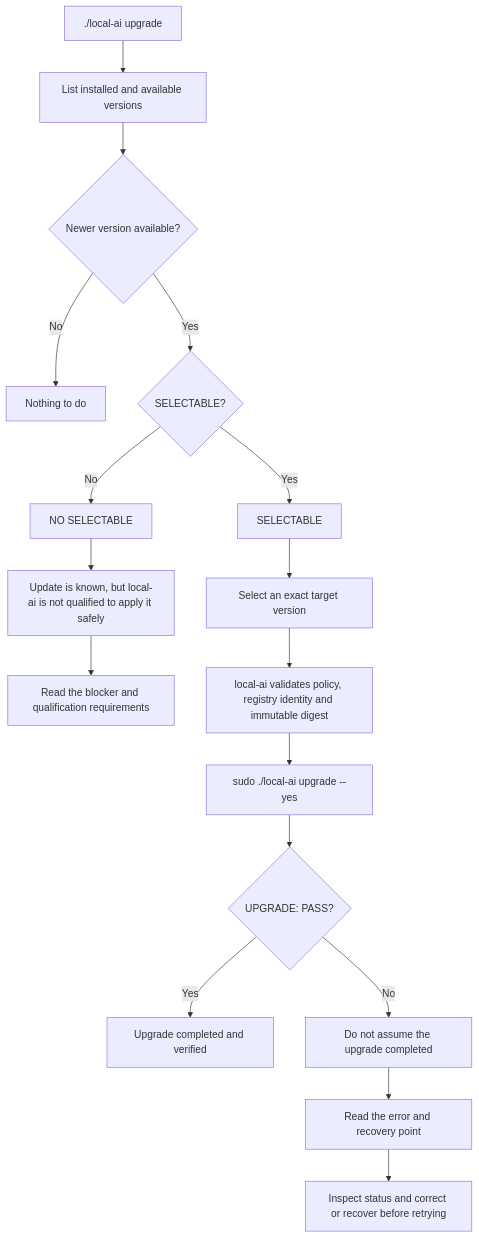
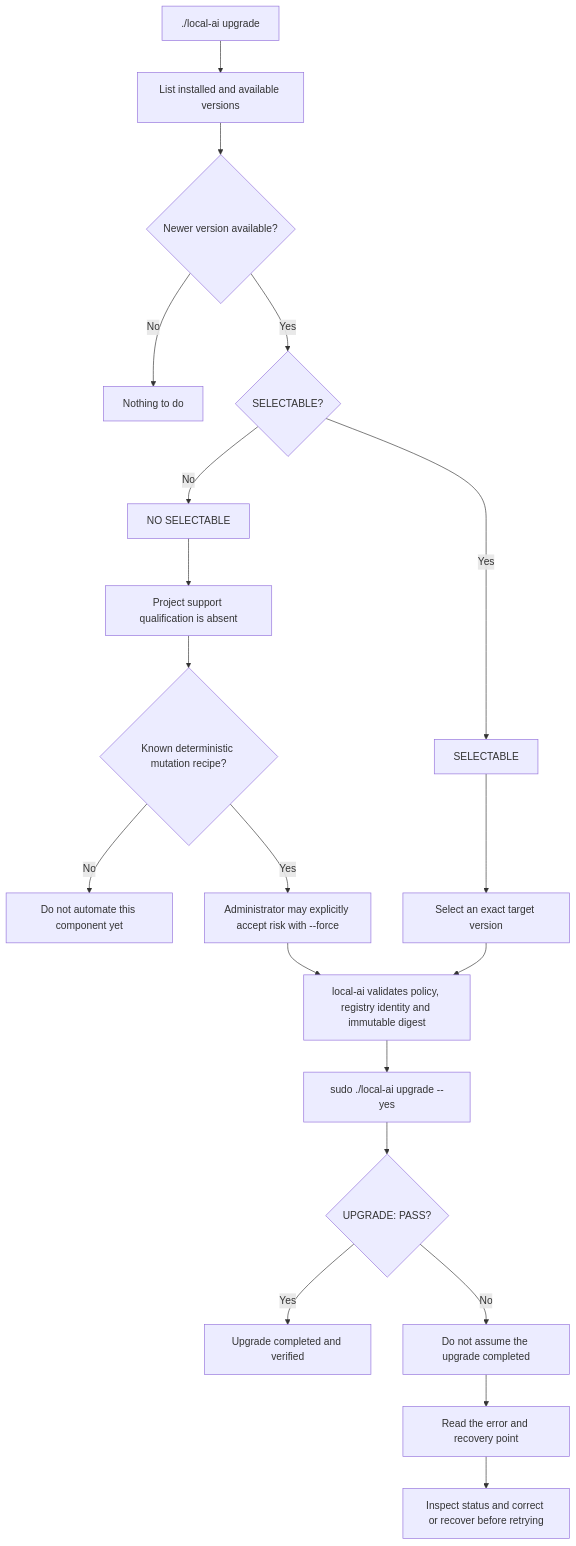
The diagram in docs/user-docs/upgrade.md (ea1het/local_hybrid_ai), drawn with Mermaid before and after one commit. The commit also changed other lines of this file, not shown here.

Commit message:
docs(upgrade): integrate administrator force with qualification model

````diff
--- a/docs/user-docs/upgrade.md
+++ b/docs/user-docs/upgrade.md
@@ -13,21 +13,24 @@
 ```mermaid
 flowchart TD
     A["./local-ai upgrade"] --> B["List installed and available versions"]
     B --> C{"Newer version available?"}
     C -- No --> Z["Nothing to do"]
     C -- Yes --> D{"SELECTABLE?"}
 
     D -- No --> N["NO SELECTABLE"]
-    N --> N1["Update is known, but local-ai is not qualified to apply it safely"]
-    N1 --> N2["Read the blocker and qualification requirements"]
+    N --> N1["Project support qualification is absent"]
+    N1 --> N2{"Known deterministic mutation recipe?"}
+    N2 -- No --> N3["Do not automate this component yet"]
+    N2 -- Yes --> N4["Administrator may explicitly accept risk with --force"]
 
     D -- Yes --> S["SELECTABLE"]
     S --> S1["Select an exact target version"]
-    S1 --> S2["local-ai validates policy, registry identity and immutable digest"]
+    N4 --> S2["local-ai validates policy, registry identity and immutable digest"]
+    S1 --> S2
     S2 --> S3["sudo ./local-ai upgrade --yes"]
     S3 --> V{"UPGRADE: PASS?"}
     V -- Yes --> OK["Upgrade completed and verified"]
     V -- No --> F["Do not assume the upgrade completed"]
     F --> F1["Read the error and recovery point"]
     F1 --> F2["Inspect status and correct or recover before retrying"]
 ```
````
